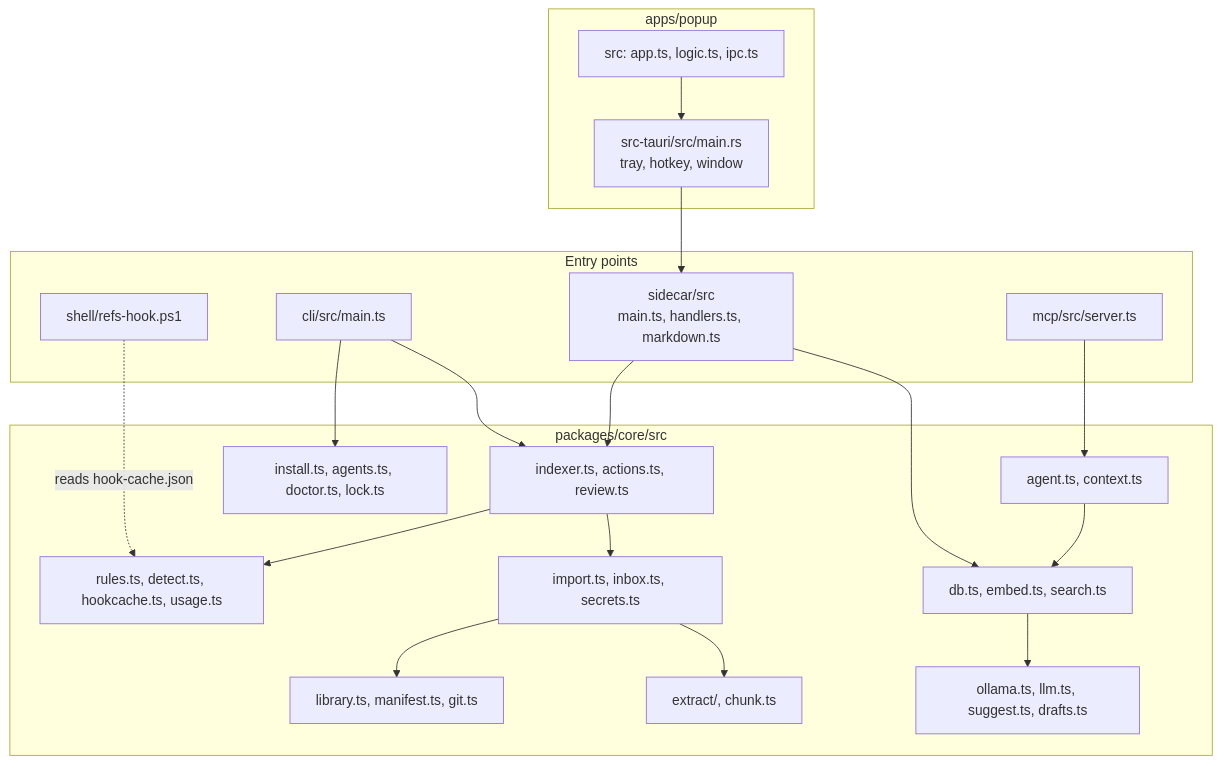
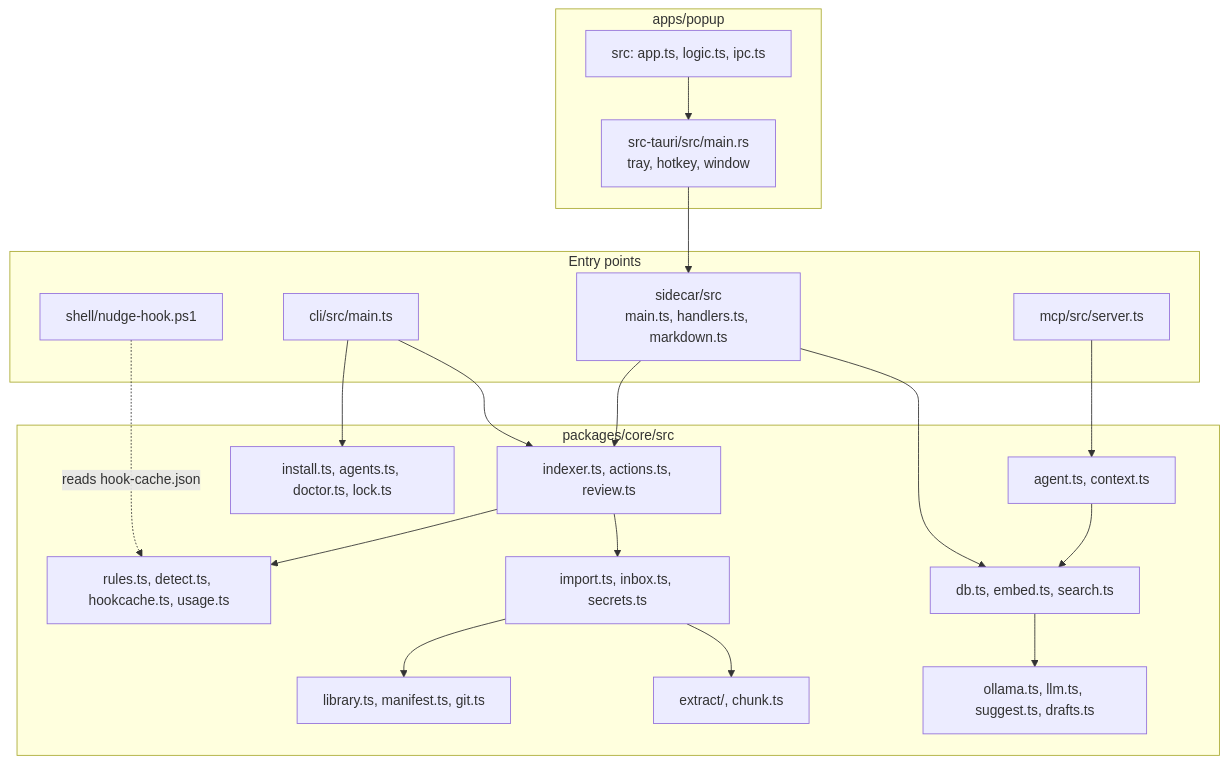
Before and after one commit to cgbot7/Nudge: the second of 5 diagrams in docs/architecture.md, drawn with Mermaid. The commit also changed other lines of this file and 81 other files, not shown here.

First line of the commit message:
Rename refs to nudge everywhere

````diff
--- a/docs/architecture.md
+++ b/docs/architecture.md
@@ -48,38 +48,38 @@
 ```mermaid
 flowchart TB
   subgraph popup["apps/popup"]
     ui["src: app.ts, logic.ts, ipc.ts"]
     rs["src-tauri/src/main.rs<br/>tray, hotkey, window"]
   end
   subgraph entry["Entry points"]
-    hook["shell/refs-hook.ps1"]
+    hook["shell/nudge-hook.ps1"]
     cli["cli/src/main.ts"]
     side["sidecar/src<br/>main.ts, handlers.ts, markdown.ts"]
     mcp["mcp/src/server.ts"]
   end
   subgraph core["packages/core/src"]
     ops["install.ts, agents.ts, doctor.ts, lock.ts"]
     act["indexer.ts, actions.ts, review.ts"]
     agent["agent.ts, context.ts"]
     proj["rules.ts, detect.ts, hookcache.ts, usage.ts"]
     imp["import.ts, inbox.ts, secrets.ts"]
     idx["db.ts, embed.ts, search.ts"]
     lib["library.ts, manifest.ts, git.ts"]
     ext["extract/, chunk.ts"]
     ai["ollama.ts, llm.ts, suggest.ts, drafts.ts"]
   end
   ui --> rs
   rs --> side
   cli --> ops
   cli --> act
   side --> act
   side --> idx
   mcp --> agent
   agent --> idx
   act --> proj
   act --> imp
   imp --> lib
   imp --> ext
   idx --> ai
   hook -.->|"reads hook-cache.json"| proj
 ```
````
